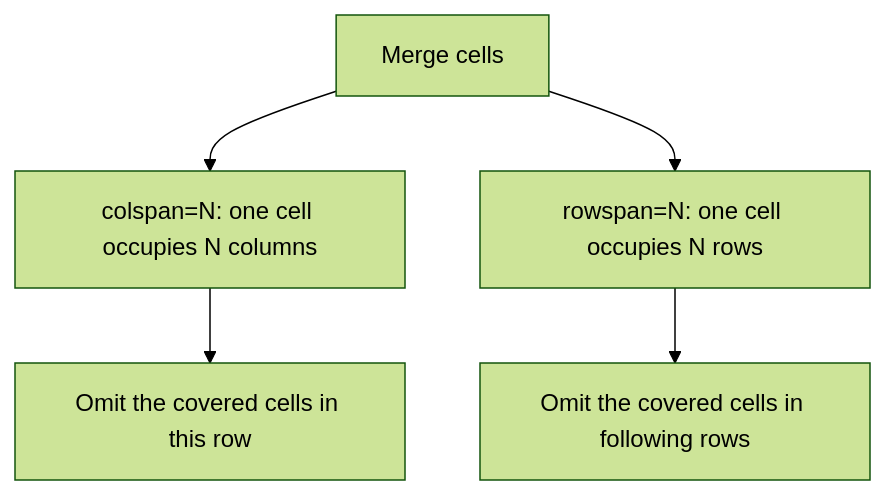
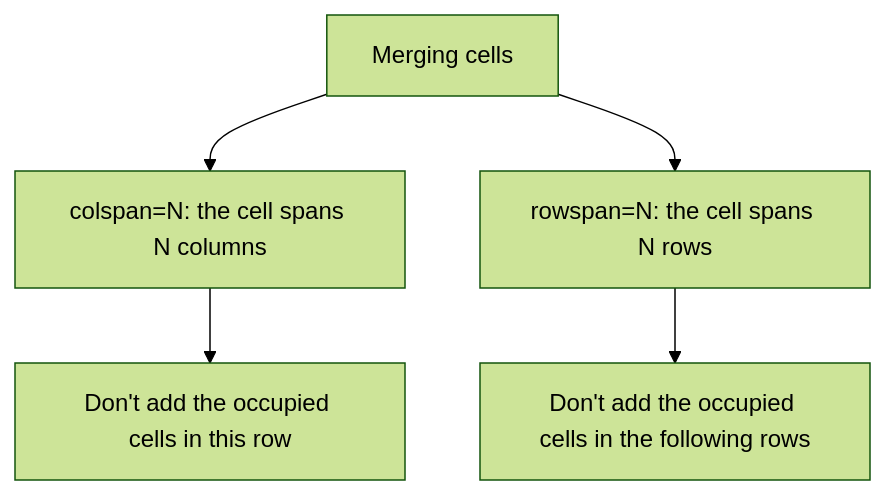
Before and after one commit to JLearn-space/JLearn-docs: the second of 2 diagrams in HTML/Lesson-5/en/Tables.md, drawn with Mermaid (forest theme). The commit also changed other lines of this file and 148 other files, not shown here.

````diff
--- a/HTML/Lesson-5/en/Tables.md
+++ b/HTML/Lesson-5/en/Tables.md
@@ -290,7 +343,7 @@
 ```mermaid
 flowchart TD
-    A["Merge cells"] --> B["colspan=N: one cell occupies N columns"]
-    A --> C["rowspan=N: one cell occupies N rows"]
-    B --> D["Omit the covered cells in this row"]
-    C --> E["Omit the covered cells in following rows"]
+    A["Merging cells"] --> B["colspan=N: the cell spans N columns"]
+    A --> C["rowspan=N: the cell spans N rows"]
+    B --> D["Don't add the occupied cells in this row"]
+    C --> E["Don't add the occupied cells in the following rows"]
 ```
````
